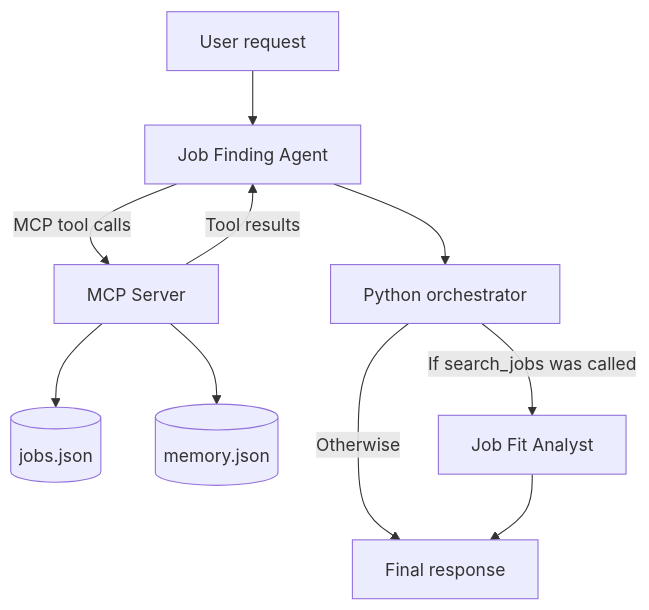
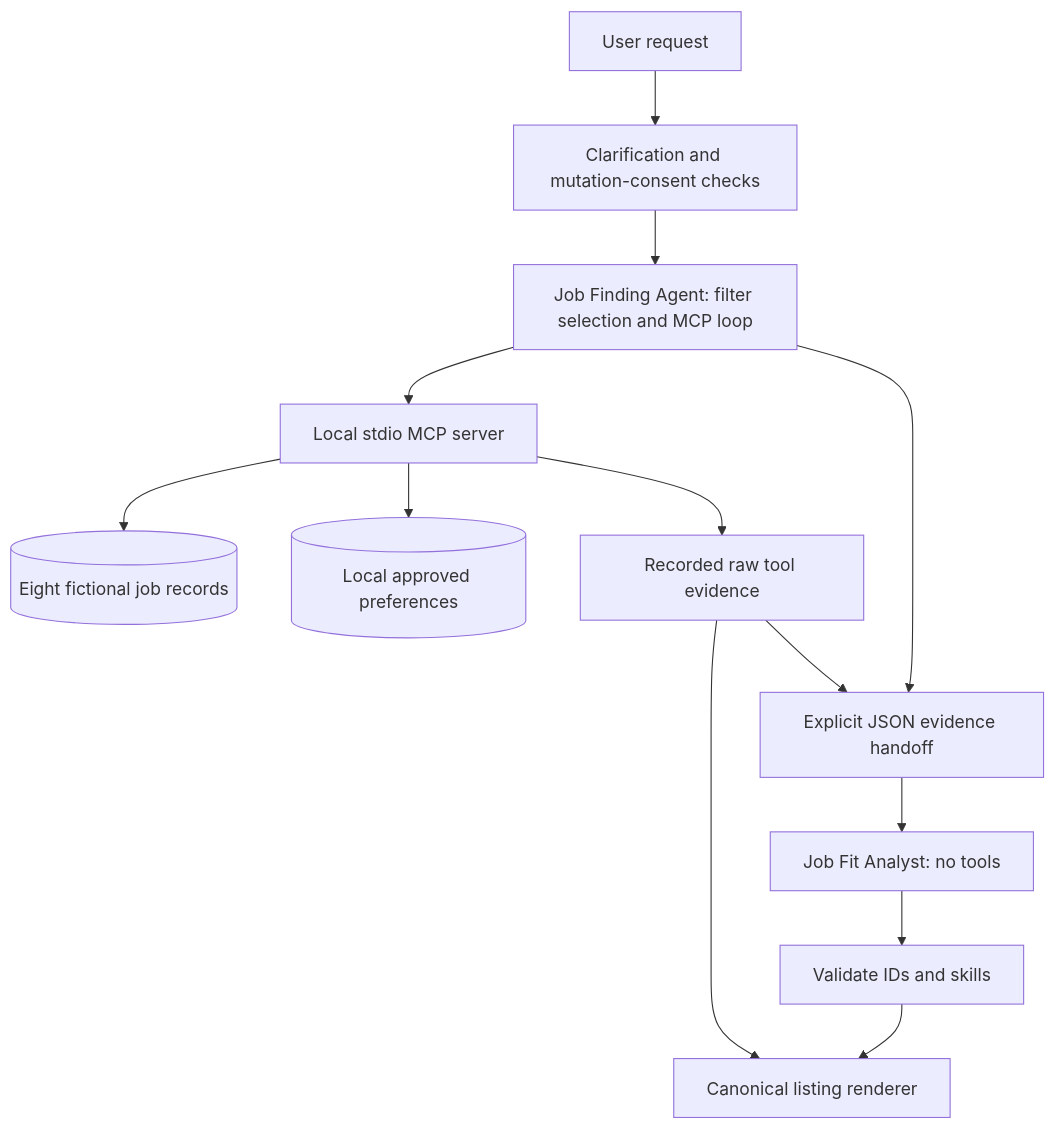
Before and after one commit to GGstephen6724/TeamProject8_M4: the diagram in README.md, drawn with Mermaid. The commit also changed other lines of this file and 86 other files, not shown here.

Commit message:
Fix evaluated search failures and record M4 evidence and draft report

````diff
--- a/README.md
+++ b/README.md
@@ -22,12 +26,15 @@
 ```mermaid
 flowchart TD
-    U[User request] --> A[Job Finding Agent]
-    A -->|MCP tool calls| M[MCP Server]
-    M --> J[(jobs.json)]
-    M --> P[(memory.json)]
-    M -->|Tool results| A
-    A --> O[Python orchestrator]
-    O -->|If search_jobs was called| F[Job Fit Analyst]
-    O -->|Otherwise| R[Return first agent response]
-    F --> R[Final response]
+    U[User request] --> G[Clarification and mutation-consent checks]
+    G --> A[Job Finding Agent: filter selection and MCP loop]
+    A --> M[Local stdio MCP server]
+    M --> J[(Eight fictional job records)]
+    M --> P[(Local approved preferences)]
+    M --> E[Recorded raw tool evidence]
+    E --> H[Explicit JSON evidence handoff]
+    A --> H
+    H --> B[Job Fit Analyst: no tools]
+    B --> V[Validate IDs and skills]
+    E --> R[Canonical listing renderer]
+    V --> R
 ```
````
